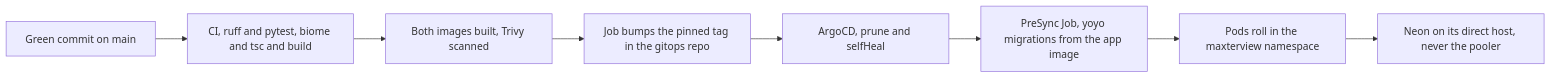
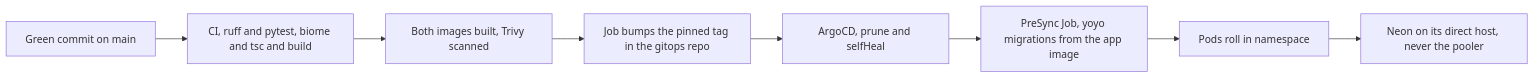
The second of 4 diagrams in frontend/src/content/blogs/what-shipping-a-real-product-actually-took.md (notseekeru/portfolio_website), drawn with Mermaid before and after one commit. The commit also changed other lines of this file, not shown here.

````diff
--- a/frontend/src/content/blogs/what-shipping-a-real-product-actually-took.md
+++ b/frontend/src/content/blogs/what-shipping-a-real-product-actually-took.md
@@ -111,10 +99,10 @@
 ```mermaid
 graph LR
     Main["Green commit on main"] --> CI["CI, ruff and pytest, biome and tsc and build"]
     CI --> Img["Both images built, Trivy scanned"]
     Img --> Bump["Job bumps the pinned tag in the gitops repo"]
     Bump --> Argo["ArgoCD, prune and selfHeal"]
     Argo --> Pre["PreSync Job, yoyo migrations from the app image"]
-    Pre --> Pods["Pods roll in the maxterview namespace"]
+    Pre --> Pods["Pods roll in namespace"]
     Pods --> Neon["Neon on its direct host, never the pooler"]
 ```
````
